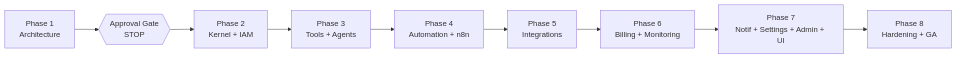
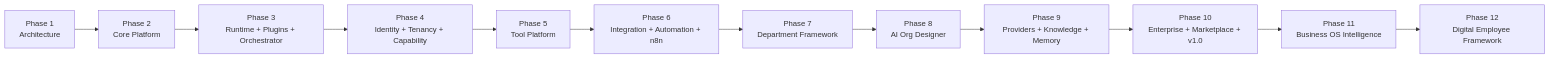
One commit to ammarnabileg/crm changed the second of 2 diagrams in docs/15-Project-Roadmap.md. Above: the diagram before and after it, drawn with Mermaid. The commit also changed other lines of this file and 3 other files, not shown here.

First line of the commit message:
docs: sync PROJECT_STATE, roadmap (12→16 phase program), PRODUCT_PRINCIPLES, per-folder READMEs

````diff
--- a/docs/15-Project-Roadmap.md
+++ b/docs/15-Project-Roadmap.md
@@ -229,11 +264,14 @@
 ```mermaid
 flowchart LR
-    P1[Phase 1<br/>Architecture] --> GATE{{Approval Gate<br/>STOP}}
-    GATE --> P2[Phase 2<br/>Kernel + IAM]
-    P2 --> P3[Phase 3<br/>Tools + Agents]
-    P3 --> P4[Phase 4<br/>Automation + n8n]
-    P4 --> P5[Phase 5<br/>Integrations]
-    P5 --> P6[Phase 6<br/>Billing + Monitoring]
-    P6 --> P7[Phase 7<br/>Notif + Settings + Admin + UI]
-    P7 --> P8[Phase 8<br/>Hardening + GA]
+    P1[Phase 1<br/>Architecture] --> P2[Phase 2<br/>Core Platform]
+    P2 --> P3[Phase 3<br/>Runtime + Plugins + Orchestrator]
+    P3 --> P4[Phase 4<br/>Identity + Tenancy + Capability]
+    P4 --> P5[Phase 5<br/>Tool Platform]
+    P5 --> P6[Phase 6<br/>Integration + Automation + n8n]
+    P6 --> P7[Phase 7<br/>Department Framework]
+    P7 --> P8[Phase 8<br/>AI Org Designer]
+    P8 --> P9[Phase 9<br/>Providers + Knowledge + Memory]
+    P9 --> P10[Phase 10<br/>Enterprise + Marketplace + v1.0]
+    P10 --> P11[Phase 11<br/>Business OS Intelligence]
+    P11 --> P12[Phase 12<br/>Digital Employee Framework]
 ```
````
